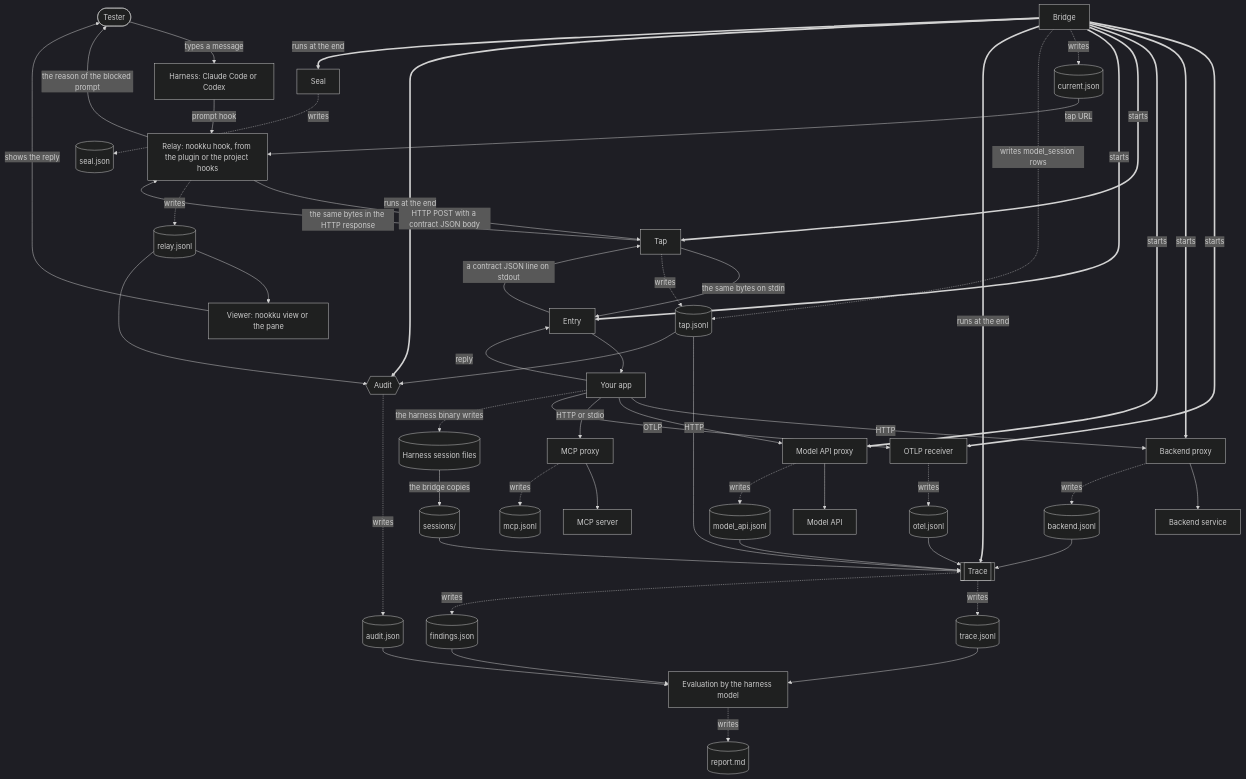
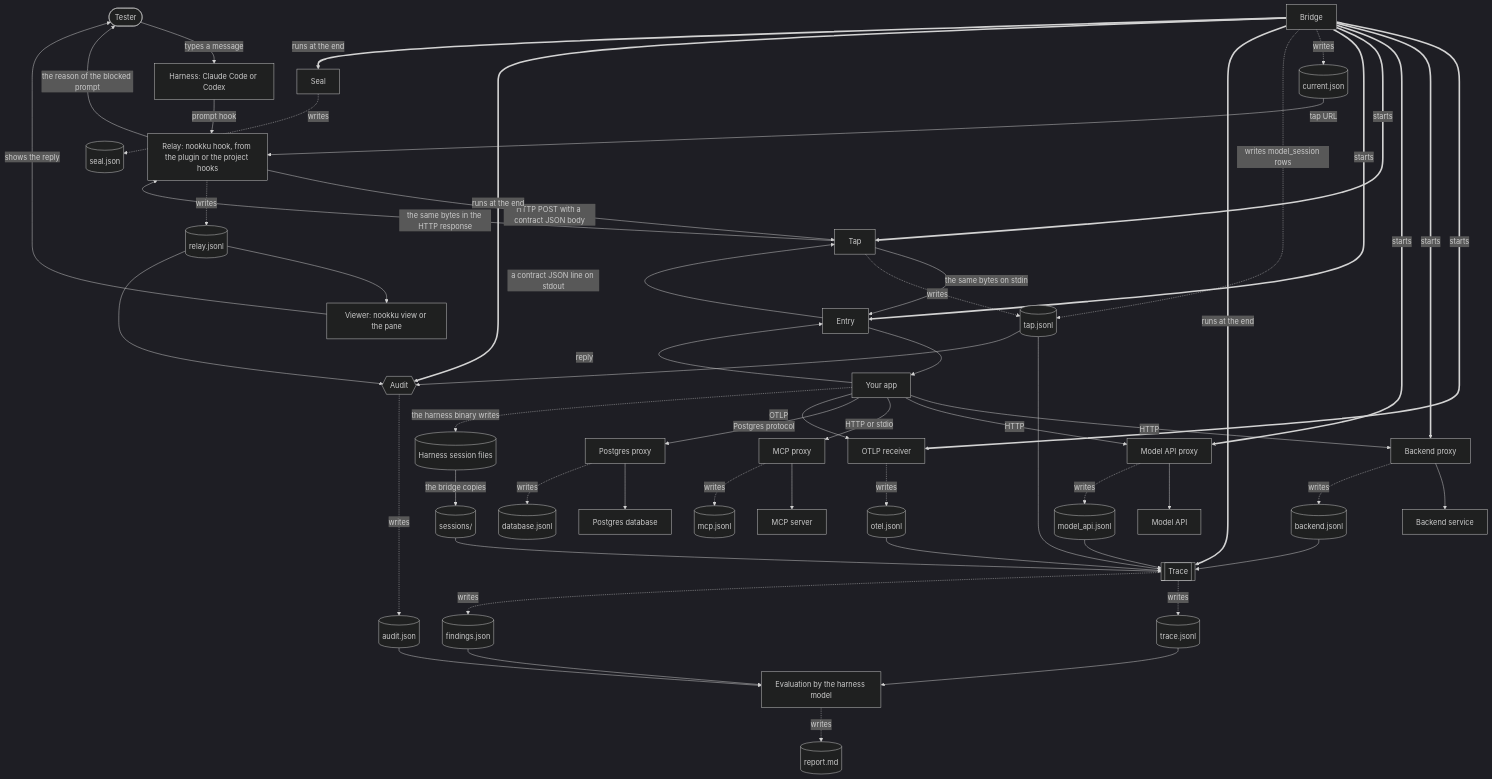
One commit to mohanraj00/nookku changed the first of 4 diagrams in docs/architecture.md. Above: the diagram before and after it, drawn with Mermaid (dark theme). The commit also changed other lines of this file and 58 other files, not shown here.

````diff
--- a/docs/architecture.md
+++ b/docs/architecture.md
@@ -13,55 +13,57 @@
 ```mermaid
 flowchart TB
     tester([Tester]) -->|types a message| harness[Harness: Claude Code or Codex]
     harness -->|prompt hook| relay[Relay: nookku hook, from the plugin or the project hooks]
     currentrec[(current.json)] -->|tap URL| relay
     relay -->|HTTP POST with a contract JSON body| tap[Tap]
     tap -->|the same bytes on stdin| entry[Entry]
     entry --> app[Your app]
     app -->|reply| entry
     entry -->|a contract JSON line on stdout| tap
     tap -->|the same bytes in the HTTP response| relay
     relay -->|the reason of the blocked prompt| tester
     relay -.->|writes| relayrec[(relay.jsonl)]
     relayrec --> viewer[Viewer: nookku view or the pane]
     viewer -->|shows the reply| tester
     tap -.->|writes| taprec[(tap.jsonl)]
 
     bridge[Bridge] ==>|starts| otlp[OTLP receiver]
     bridge ==>|starts| bproxy[Backend proxy]
     bridge ==>|starts| mproxy[Model API proxy]
     bridge ==>|starts| tap
     bridge ==>|starts| entry
     bridge -.->|writes| currentrec
     bridge -.->|writes model_session rows| taprec
 
     app -->|HTTP| bproxy --> backend[Backend service]
     app -->|HTTP| mproxy --> api[Model API]
     app -->|HTTP or stdio| mcpproxy[MCP proxy] --> mcpserver[MCP server]
+    app -->|Postgres protocol| dbproxy[Postgres proxy] --> database[Postgres database]
     app -->|OTLP| otlp
     bproxy -.->|writes| backendrec[(backend.jsonl)]
     mproxy -.->|writes| modelrec[(model_api.jsonl)]
     mcpproxy -.->|writes| mcprec[(mcp.jsonl)]
+    dbproxy -.->|writes| dbrec[(database.jsonl)]
     otlp -.->|writes| otelrec[(otel.jsonl)]
     app -.->|the harness binary writes| hsessions[(Harness session files)]
     hsessions -->|the bridge copies| sessions[(sessions/)]
 
     bridge ==>|runs at the end| trace[[Trace]]
     bridge ==>|runs at the end| audit{{Audit}}
     bridge ==>|runs at the end| seal[Seal]
     taprec --> trace
     sessions --> trace
     backendrec --> trace
     modelrec --> trace
     otelrec --> trace
     trace -.->|writes| tracerec[(trace.jsonl)]
     trace -.->|writes| findingsrec[(findings.json)]
     relayrec --> audit
     taprec --> audit
     audit -.->|writes| auditrec[(audit.json)]
     seal -.->|writes| sealrec[(seal.json)]
     tracerec --> eval[Evaluation by the harness model]
     findingsrec --> eval
     auditrec --> eval
     eval -.->|writes| report[(report.md)]
 ```
````
